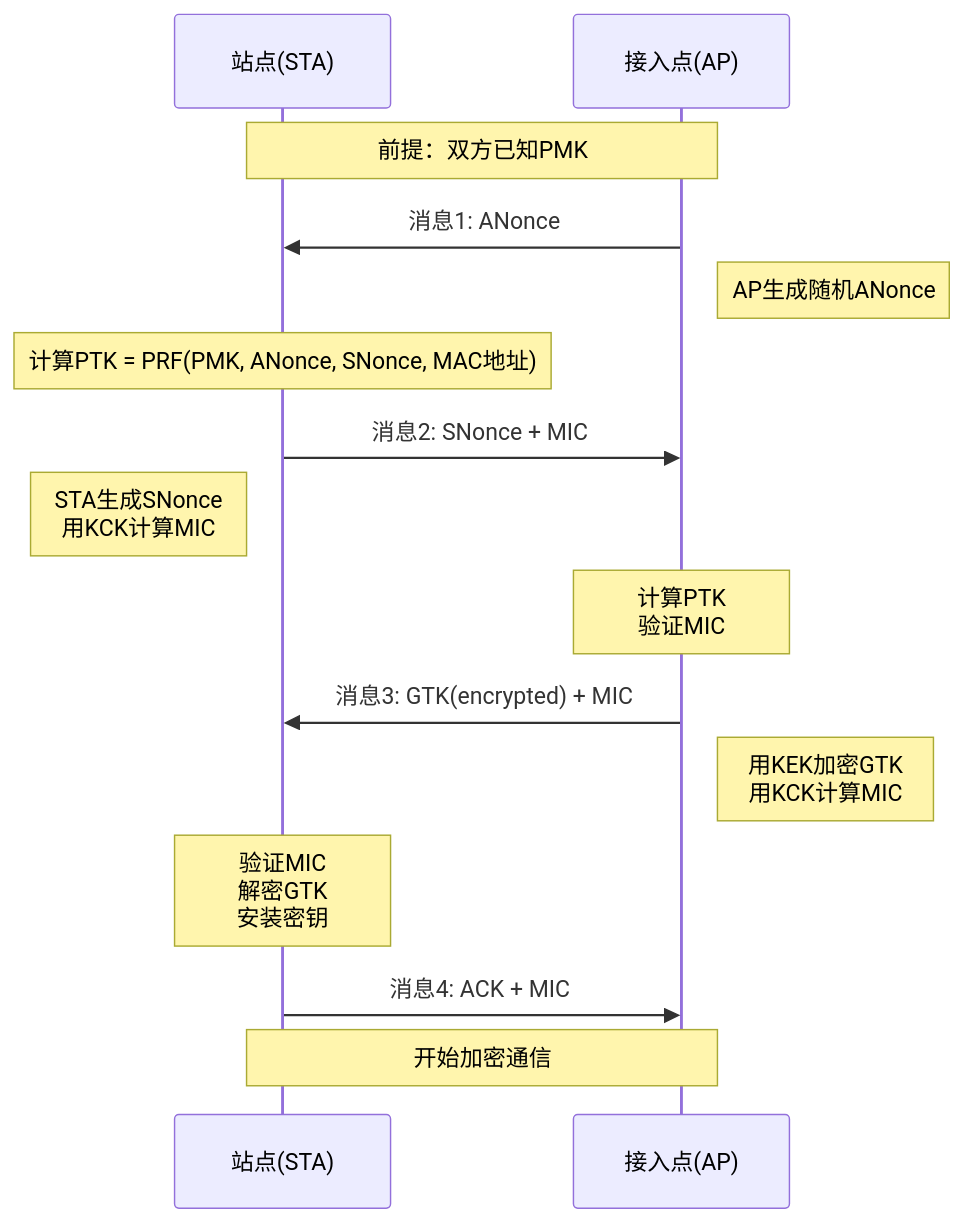
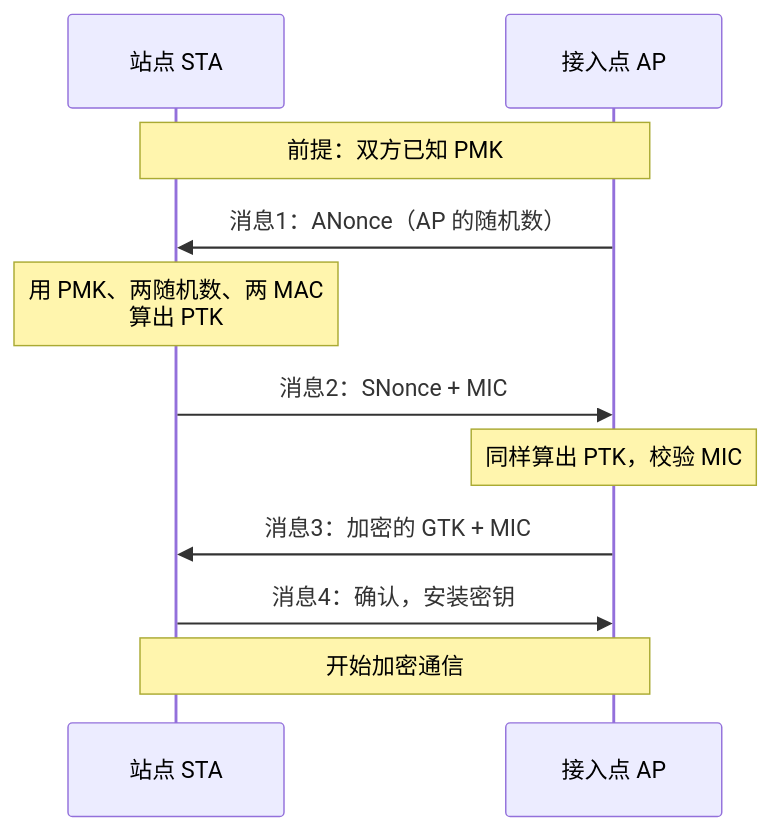
Before and after one commit to Dtheme/CS-base: the fourth of 5 diagrams in 计算机网络/7.3无线网络：WiFi技术.md, drawn with Mermaid. The commit also changed other lines of this file and 51 other files, not shown here.

````diff
--- a/计算机网络/7.3无线网络：WiFi技术.md
+++ b/计算机网络/7.3无线网络：WiFi技术.md
@@ -641,23 +240,13 @@
 ```mermaid
 sequenceDiagram
-    participant STA as 站点(STA)
-    participant AP as 接入点(AP)
-    
-    Note over STA,AP: 前提：双方已知PMK
-    
-    AP->>STA: 消息1: ANonce
-    Note right of AP: AP生成随机ANonce
-    
-    Note over STA: 计算PTK = PRF(PMK, ANonce, SNonce, MAC地址)
-    STA->>AP: 消息2: SNonce + MIC
-    Note left of STA: STA生成SNonce<br/>用KCK计算MIC
-    
-    Note over AP: 计算PTK<br/>验证MIC
-    AP->>STA: 消息3: GTK(encrypted) + MIC
-    Note right of AP: 用KEK加密GTK<br/>用KCK计算MIC
-    
-    Note over STA: 验证MIC<br/>解密GTK<br/>安装密钥
-    STA->>AP: 消息4: ACK + MIC
-    
+    participant STA as 站点 STA
+    participant AP as 接入点 AP
+    Note over STA,AP: 前提：双方已知 PMK
+    AP->>STA: 消息1：ANonce（AP 的随机数）
+    Note over STA: 用 PMK、两随机数、两 MAC<br/>算出 PTK
+    STA->>AP: 消息2：SNonce + MIC
+    Note over AP: 同样算出 PTK，校验 MIC
+    AP->>STA: 消息3：加密的 GTK + MIC
+    STA->>AP: 消息4：确认，安装密钥
     Note over STA,AP: 开始加密通信
 ```
````
